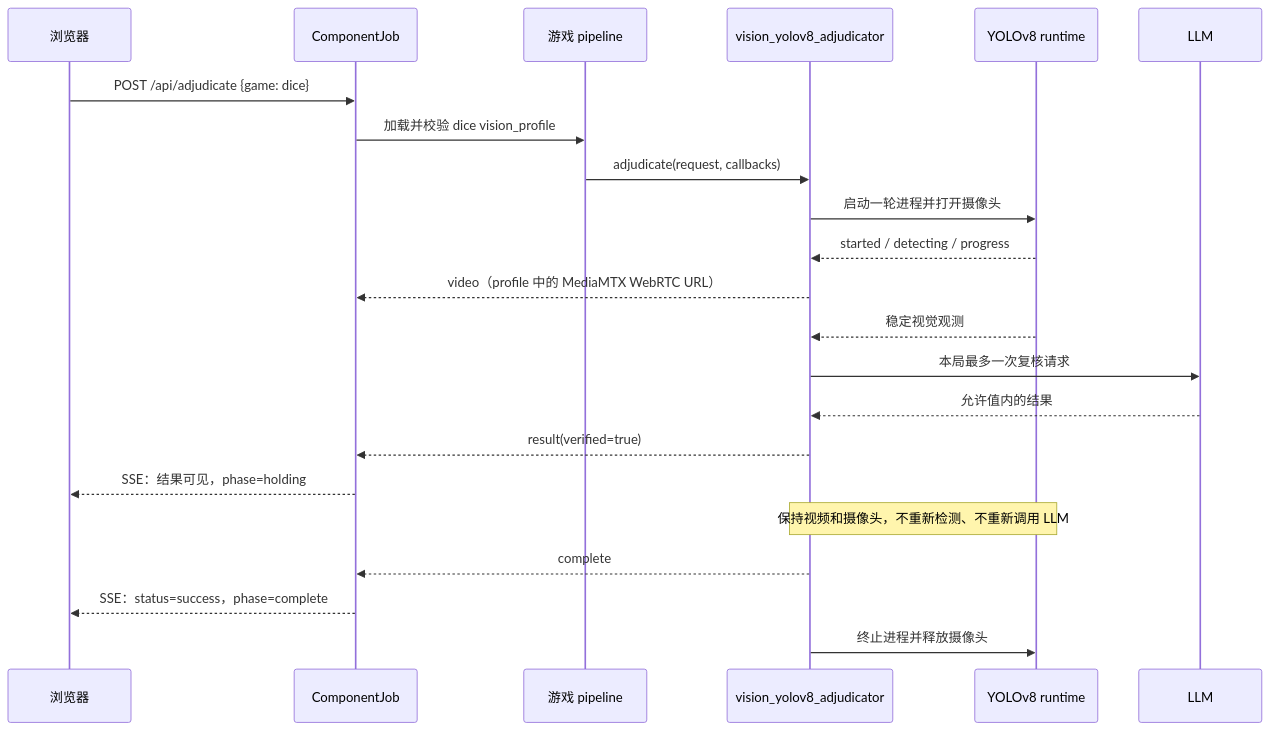
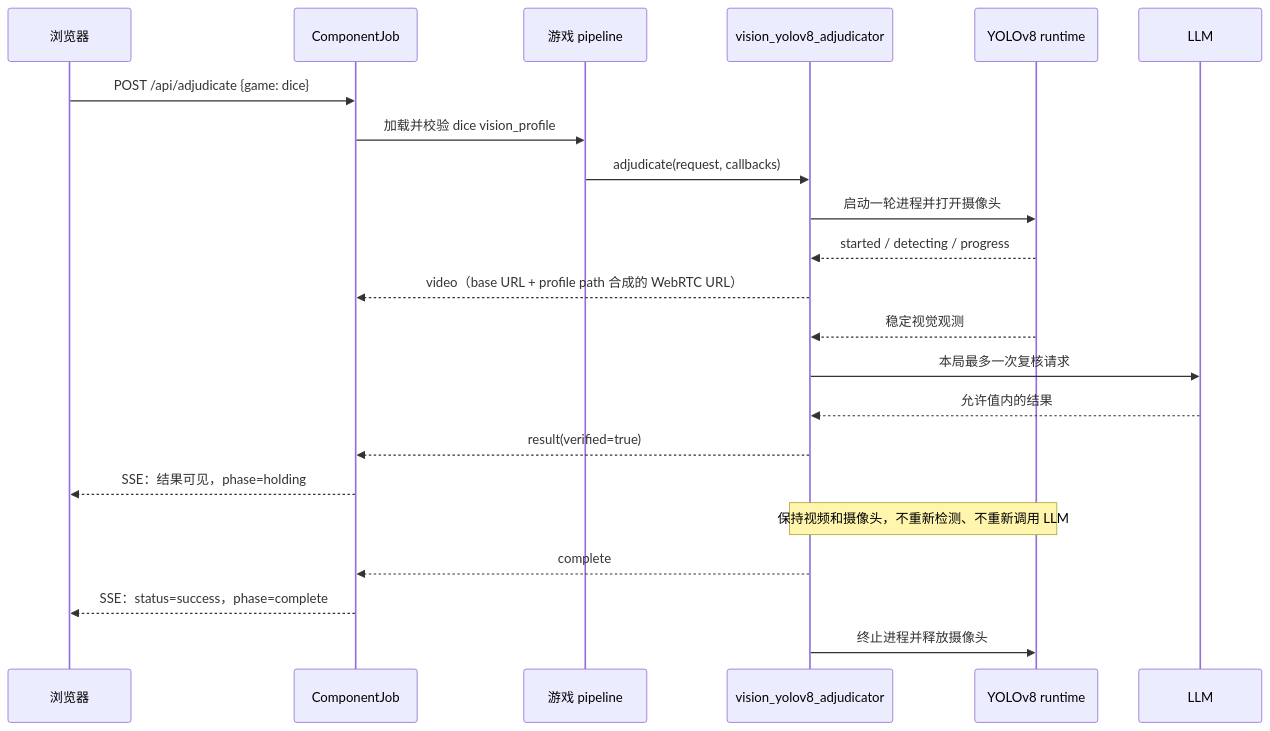
Before and after one commit to Fitz8863/spacemitk3-dice_demo: the diagram in docs/superpowers/specs/2026-08-29-vision-yolov8-adjudicator-design.md, drawn with Mermaid. The commit also changed other lines of this file, not shown here.

````diff
--- a/docs/superpowers/specs/2026-08-29-vision-yolov8-adjudicator-design.md
+++ b/docs/superpowers/specs/2026-08-29-vision-yolov8-adjudicator-design.md
@@ -282,25 +283,25 @@
 ```mermaid
 sequenceDiagram
     participant Web as 浏览器
     participant Job as ComponentJob
     participant Pipe as 游戏 pipeline
     participant V as vision_yolov8_adjudicator
     participant C as YOLOv8 runtime
     participant L as LLM
 
     Web->>Job: POST /api/adjudicate {game: dice}
     Job->>Pipe: 加载并校验 dice vision_profile
     Pipe->>V: adjudicate(request, callbacks)
     V->>C: 启动一轮进程并打开摄像头
     C-->>V: started / detecting / progress
-    V-->>Job: video（profile 中的 MediaMTX WebRTC URL）
+    V-->>Job: video（base URL + profile path 合成的 WebRTC URL）
     C-->>V: 稳定视觉观测
     V->>L: 本局最多一次复核请求
     L-->>V: 允许值内的结果
     V-->>Job: result(verified=true)
     Job-->>Web: SSE：结果可见，phase=holding
     Note over V,C: 保持视频和摄像头，不重新检测、不重新调用 LLM
     V-->>Job: complete
     Job-->>Web: SSE：status=success，phase=complete
     V->>C: 终止进程并释放摄像头
 ```
````
